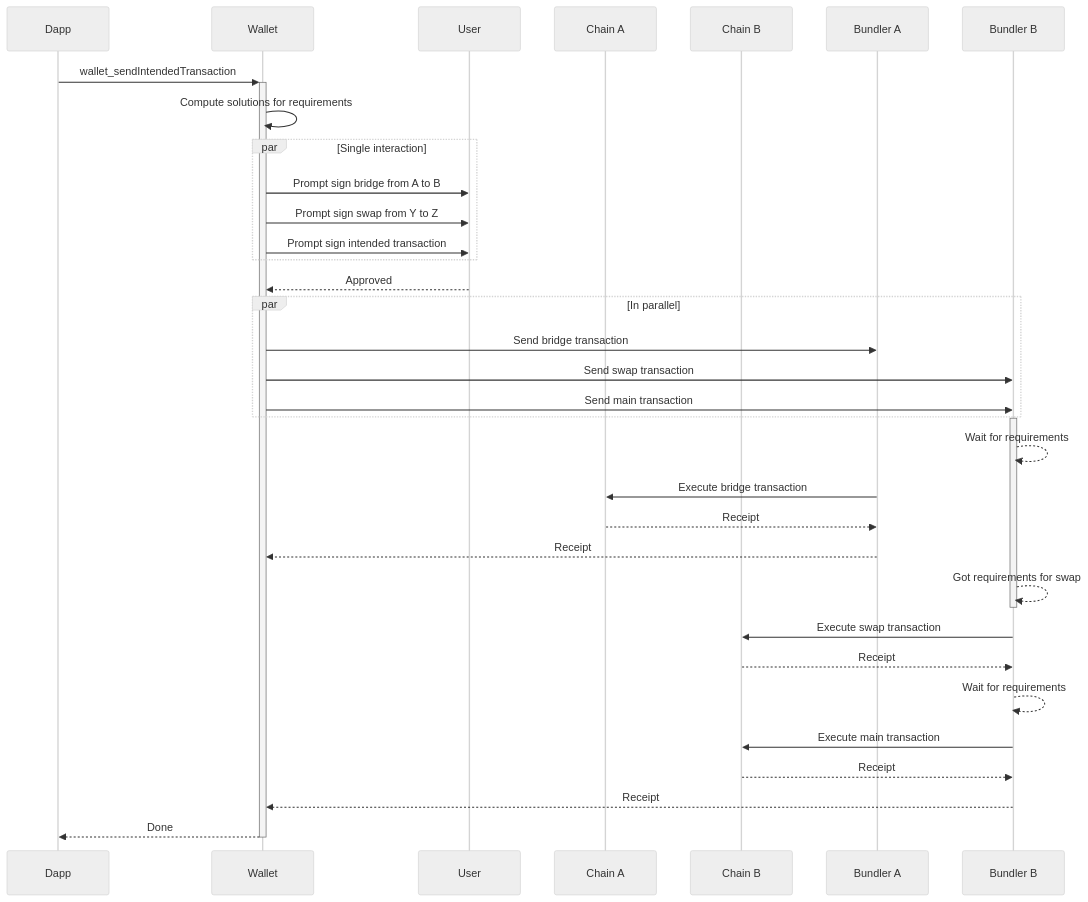
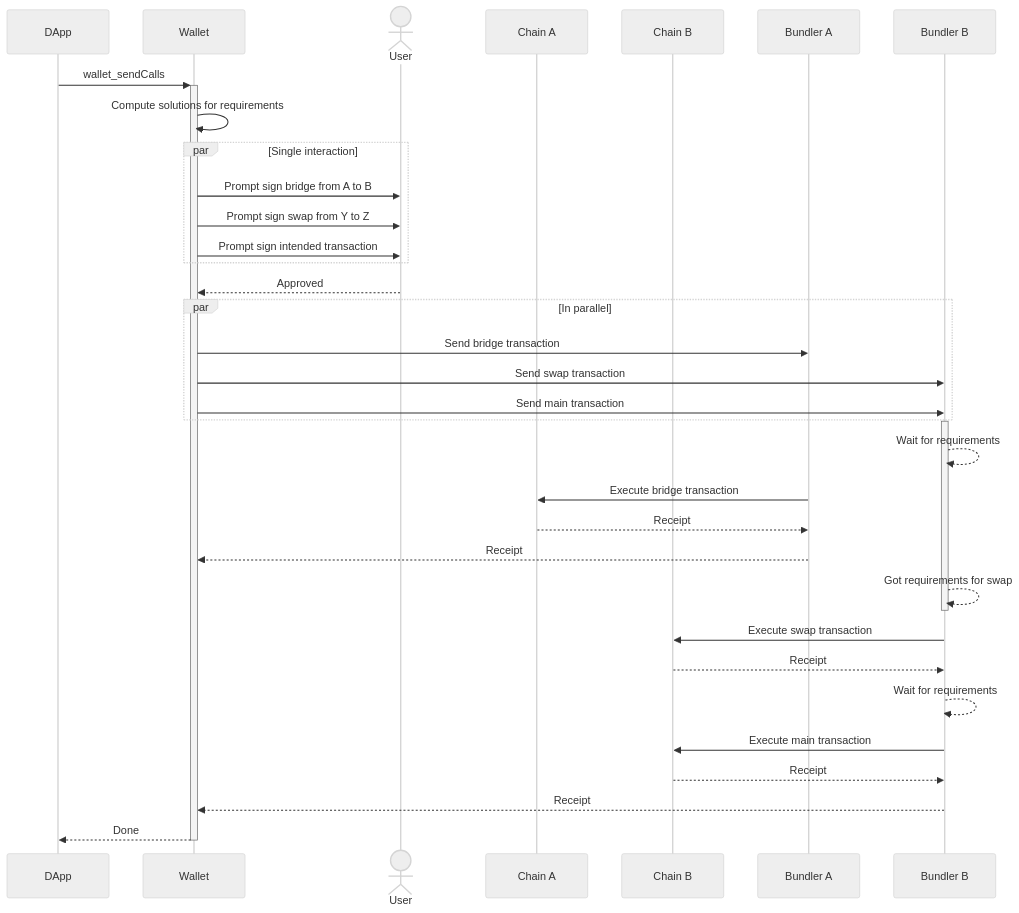
The second of 2 diagrams in ERCS/erc-7795.md (ethereum/ERCs), drawn with Mermaid (neutral theme) before and after one commit. The commit also changed other lines of this file, not shown here.

````diff
--- a/ERCS/erc-7795.md
+++ b/ERCS/erc-7795.md
@@ -533,37 +547,37 @@
 ```mermaid
 sequenceDiagram
-    participant D as Dapp
+    participant D as DApp
     participant W as Wallet
-    participant U as User
+    actor U as User
     participant CA as Chain A
     participant CB as Chain B
     participant BA as Bundler A
     participant BB as Bundler B
-    D->>+W: wallet_sendIntendedTransaction
+    D->>+W: wallet_sendCalls
     W->>W: Compute solutions for requirements
     par Single interaction
         W->>U: Prompt sign bridge from A to B
         W->>U: Prompt sign swap from Y to Z
         W->>U: Prompt sign intended transaction
     end
     U-->>W: Approved
     par In parallel
         W->>BA: Send bridge transaction
         W->>BB: Send swap transaction
         W->>BB: Send main transaction
     end
     activate BB
     BB-->>BB: Wait for requirements
     BA->>CA: Execute bridge transaction 
     CA-->>BA: Receipt
     BA-->>W: Receipt
     BB-->>BB: Got requirements for swap
     deactivate BB
     BB->>CB: Execute swap transaction
     CB-->>BB: Receipt
     BB-->>BB: Wait for requirements
     BB->>CB: Execute main transaction
     CB-->>BB: Receipt
     BB-->>W: Receipt
     W-->>-D: Done
 ```
````
